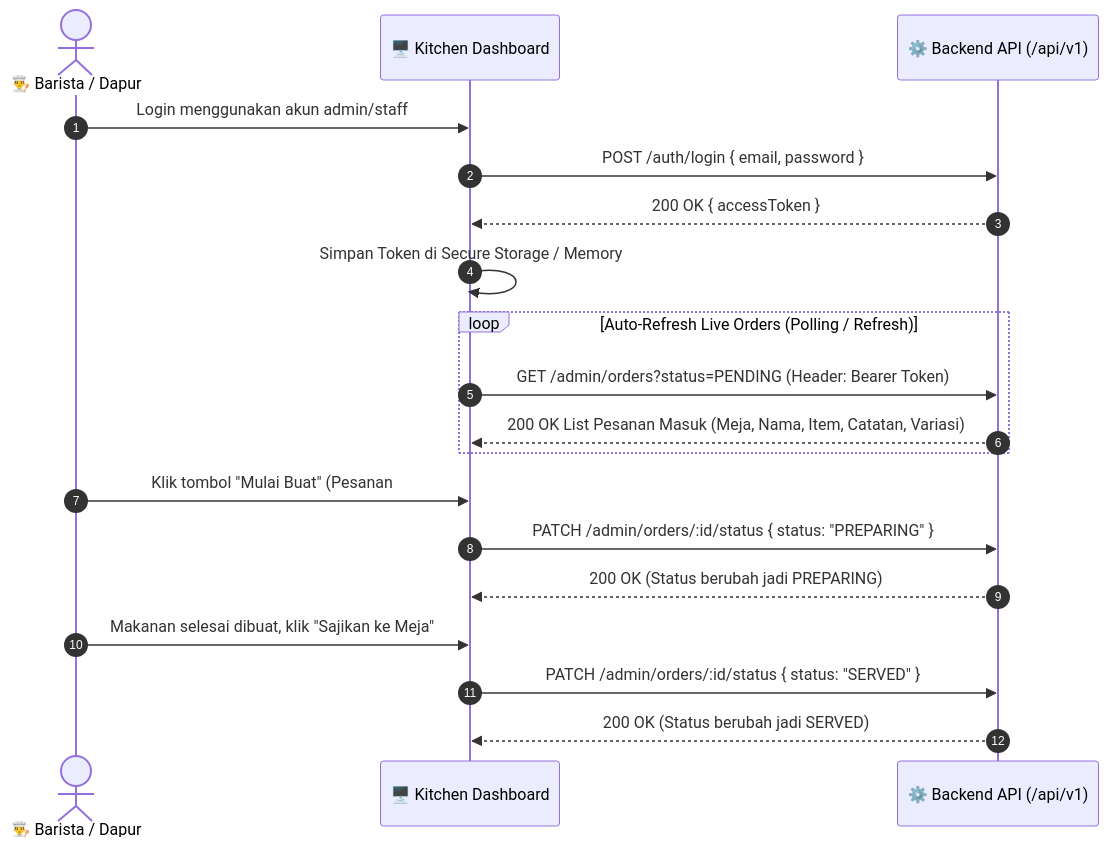
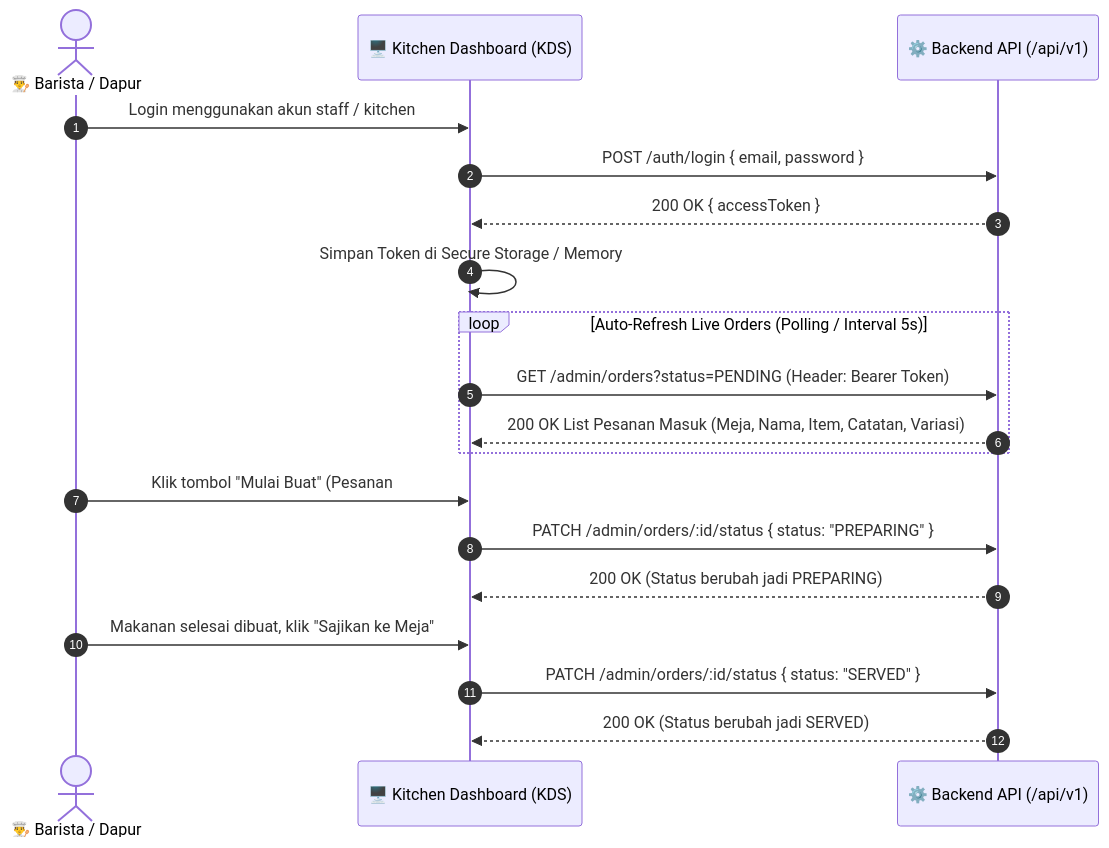
Before and after one commit to dwigunardi/be-menu-scan-latihan: the third of 5 diagrams in docs/integration/frontend-integration-guide.md, drawn with Mermaid. The commit also changed other lines of this file and 4 other files, not shown here.

Commit message:
feat(reports): add consolidated dashboard overview endpoint, unit tests, and comprehensive admin dashboard UI blueprints

````diff
--- a/docs/integration/frontend-integration-guide.md
+++ b/docs/integration/frontend-integration-guide.md
@@ -142,25 +162,25 @@
 ```mermaid
 sequenceDiagram
     autonumber
     actor Kitchen as 👨‍🍳 Barista / Dapur
-    participant FE as 🖥️ Kitchen Dashboard
+    participant FE as 🖥️ Kitchen Dashboard (KDS)
     participant BE as ⚙️ Backend API (/api/v1)
 
-    Kitchen->>FE: Login menggunakan akun admin/staff
+    Kitchen->>FE: Login menggunakan akun staff / kitchen
     FE->>BE: POST /auth/login { email, password }
     BE-->>FE: 200 OK { accessToken }
     FE->>FE: Simpan Token di Secure Storage / Memory
 
-    loop Auto-Refresh Live Orders (Polling / Refresh)
+    loop Auto-Refresh Live Orders (Polling / Interval 5s)
         FE->>BE: GET /admin/orders?status=PENDING (Header: Bearer Token)
         BE-->>FE: 200 OK List Pesanan Masuk (Meja, Nama, Item, Catatan, Variasi)
     end
 
     Kitchen->>FE: Klik tombol "Mulai Buat" (Pesanan #ORD-001)
     FE->>BE: PATCH /admin/orders/:id/status { status: "PREPARING" }
     BE-->>FE: 200 OK (Status berubah jadi PREPARING)
 
     Kitchen->>FE: Makanan selesai dibuat, klik "Sajikan ke Meja"
     FE->>BE: PATCH /admin/orders/:id/status { status: "SERVED" }
     BE-->>FE: 200 OK (Status berubah jadi SERVED)
 ```
````
